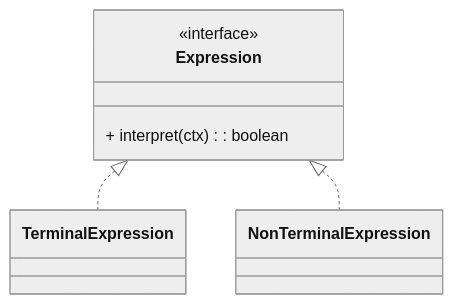
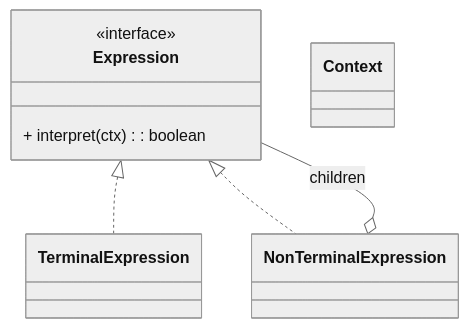
The diagram in 设计模式/行为型/解释器模式.md (tghrxxxyyy/knowledge-base), drawn with Mermaid (neutral theme) before and after one commit. The commit also changed other lines of this file and 101 other files, not shown here.

````diff
--- a/设计模式/行为型/解释器模式.md
+++ b/设计模式/行为型/解释器模式.md
@@ -10,11 +13,13 @@
 ```mermaid
 classDiagram
     class Expression {
         <<interface>>
         + interpret(ctx): boolean
     }
     class TerminalExpression
     class NonTerminalExpression
+    class Context
     Expression <|.. TerminalExpression
     Expression <|.. NonTerminalExpression
+    NonTerminalExpression o-- Expression : children
 ```
````
